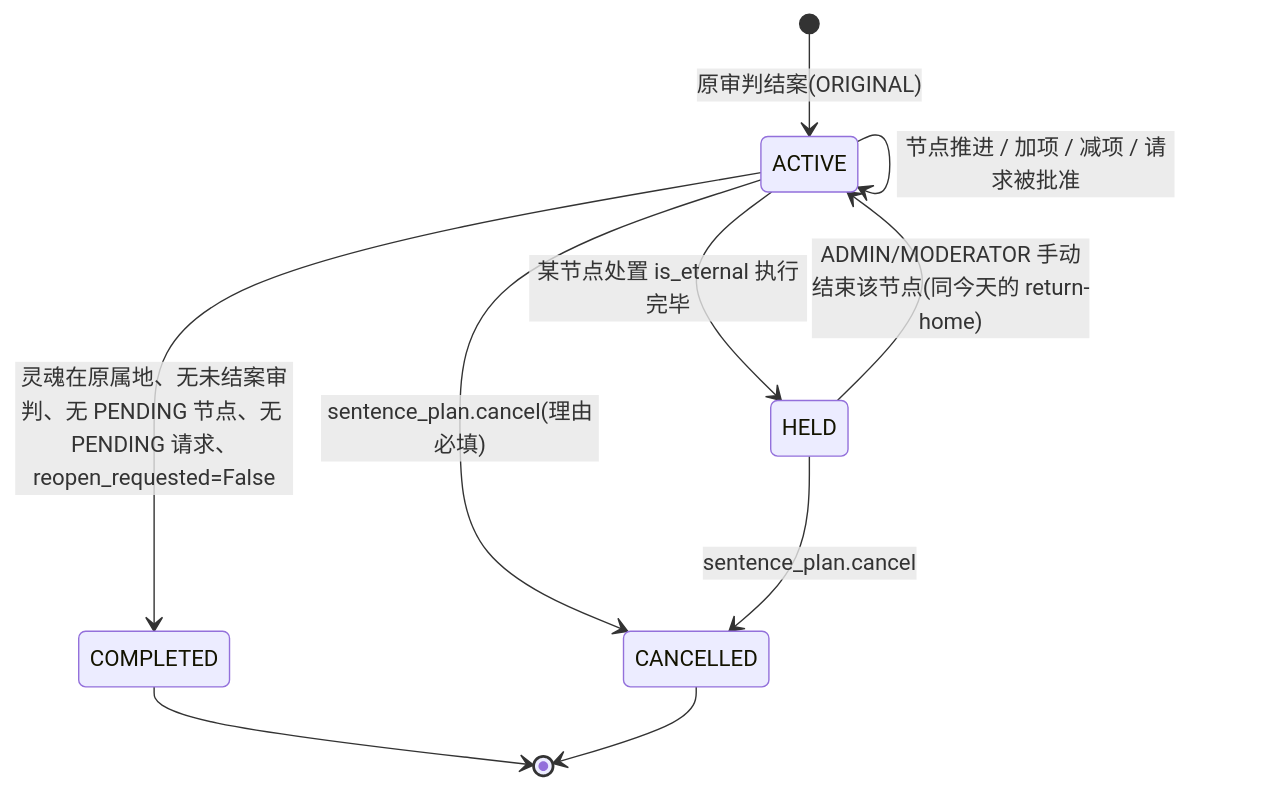
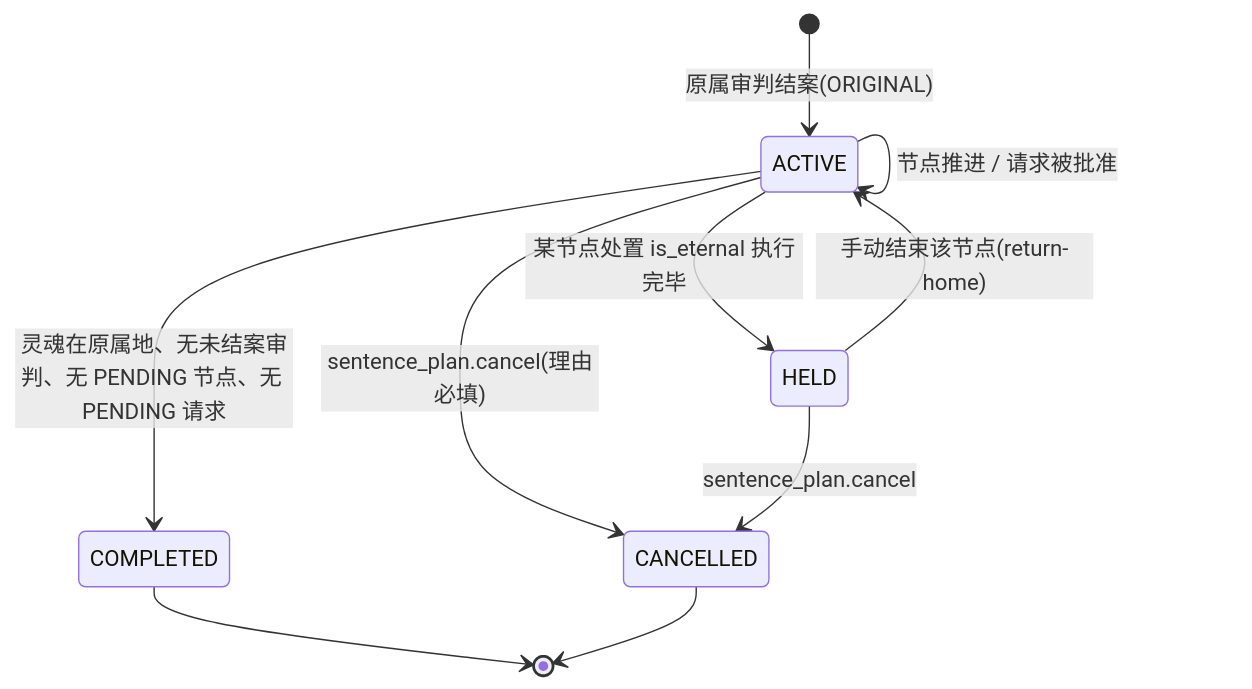
One commit to Tardisyuan/SoulLedger changed the third of 5 diagrams in docs/ARCHITECTURE-sentence-plan.md. Above: the diagram before and after it, drawn with Mermaid. The commit also changed other lines of this file, not shown here.

First line of the commit message:
docs(architecture): 受刑计划设计稿写入 2026-09-18 拍板与联审产出计划

````diff
--- a/docs/ARCHITECTURE-sentence-plan.md
+++ b/docs/ARCHITECTURE-sentence-plan.md
@@ -163,12 +234,12 @@
 ```mermaid
 stateDiagram-v2
-    [*] --> ACTIVE : 原审判结案(ORIGINAL)
-    ACTIVE --> ACTIVE : 节点推进 / 加项 / 减项 / 请求被批准
+    [*] --> ACTIVE : 原属审判结案(ORIGINAL)
+    ACTIVE --> ACTIVE : 节点推进 / 请求被批准
     ACTIVE --> HELD : 某节点处置 is_eternal 执行完毕
-    ACTIVE --> COMPLETED : 灵魂在原属地、无未结案审判、无 PENDING 节点、无 PENDING 请求、reopen_requested=False
+    ACTIVE --> COMPLETED : 灵魂在原属地、无未结案审判、无 PENDING 节点、无 PENDING 请求
     ACTIVE --> CANCELLED : sentence_plan.cancel(理由必填)
-    HELD --> ACTIVE : ADMIN/MODERATOR 手动结束该节点(同今天的 return-home)
+    HELD --> ACTIVE : 手动结束该节点(return-home)
     HELD --> CANCELLED : sentence_plan.cancel
     COMPLETED --> [*]
     CANCELLED --> [*]
 ```
````
